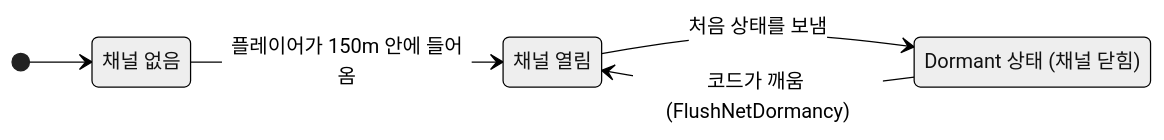
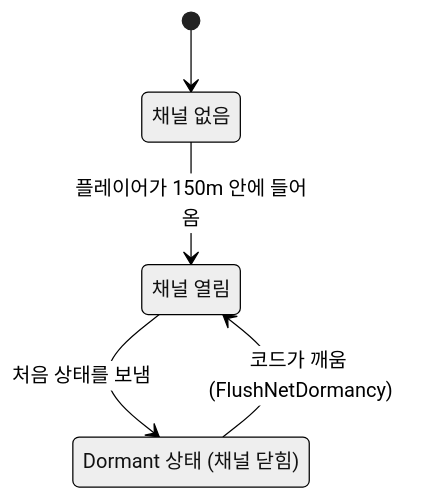
Before and after one commit to hon454/ue-dedicated-server-optimization-lab: the first of 3 diagrams in Posts/03-dormancy/README.md, drawn with Mermaid (neutral theme). The commit also changed other lines of this file and 5 other files, not shown here.

First line of the commit message:
docs(posts): keep the last flow node clear of GitHub's diagram controls

````diff
--- a/Posts/03-dormancy/README.md
+++ b/Posts/03-dormancy/README.md
@@ -41,11 +41,10 @@
 ```mermaid
 stateDiagram-v2
-    direction LR
     state "채널 없음" as None
     state "채널 열림" as Open
     state "Dormant 상태 (채널 닫힘)" as Dormant
     [*] --> None
     None --> Open: 플레이어가 150m 안에 들어옴
     Open --> Dormant: 처음 상태를 보냄
     Dormant --> Open: 코드가 깨움 (FlushNetDormancy)
 ```
````
